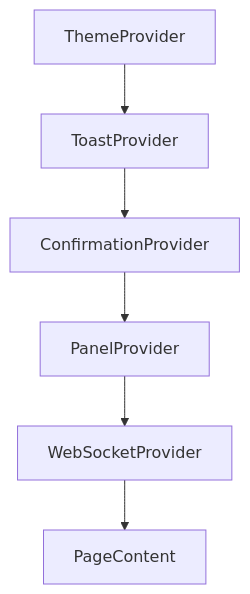
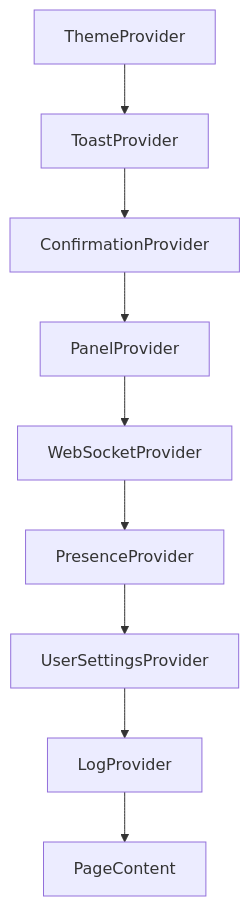
The first of 2 diagrams in Documentation/Frontend/Contexts/index.md (neofuture/chatr), drawn with Mermaid before and after one commit. The commit also changed other lines of this file and 158 other files, not shown here.

````diff
--- a/Documentation/Frontend/Contexts/index.md
+++ b/Documentation/Frontend/Contexts/index.md
@@ -5,8 +5,11 @@
 ```mermaid
 graph TD
     ThemeProvider --> ToastProvider
     ToastProvider --> ConfirmationProvider
     ConfirmationProvider --> PanelProvider
     PanelProvider --> WebSocketProvider
-    WebSocketProvider --> PageContent
+    WebSocketProvider --> PresenceProvider
+    PresenceProvider --> UserSettingsProvider
+    UserSettingsProvider --> LogProvider
+    LogProvider --> PageContent
 ```
````
